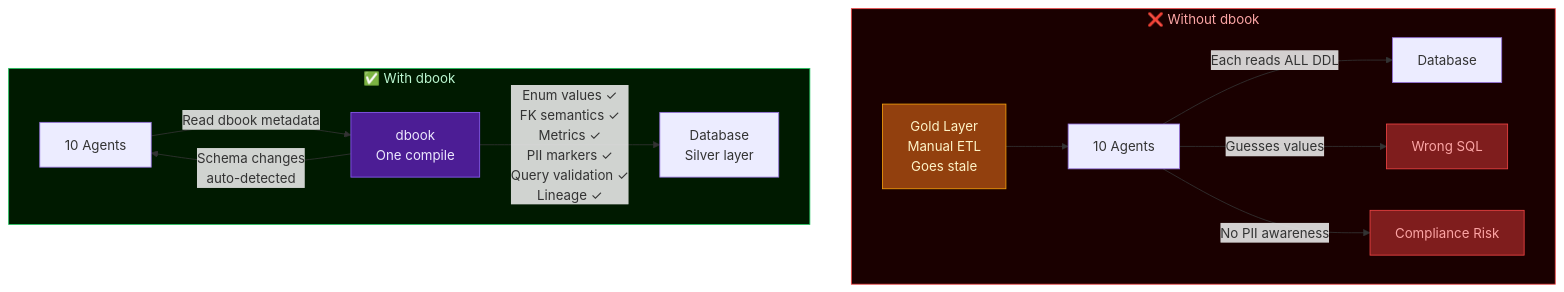
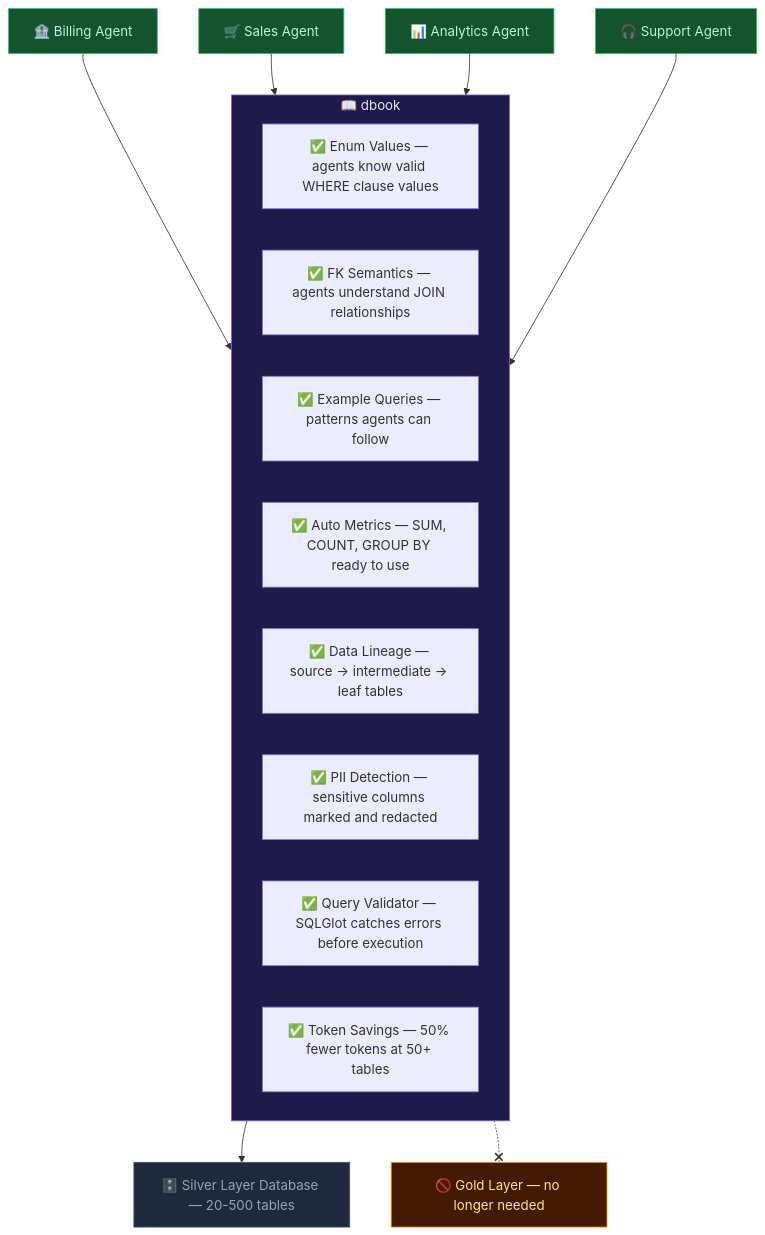
The first of 2 diagrams in README.md (ShurikM/dbook), drawn with Mermaid before and after one commit.

Commit message:
docs: improve README architecture diagram

````diff
--- a/README.md
+++ b/README.md
@@ -27,22 +27,35 @@
 ```mermaid
 graph TB
-    subgraph WITHOUT["❌ Without dbook"]
-        A1["10 Agents"] -->|"Each reads ALL DDL"| D1["Database"]
-        A1 -->|"Guesses values"| W1["Wrong SQL"]
-        A1 -->|"No PII awareness"| W2["Compliance Risk"]
-        G["Gold Layer<br/>Manual ETL<br/>Goes stale"] --> A1
+    BA["🏦 Billing Agent"]
+    SA["🛒 Sales Agent"]
+    AA["📊 Analytics Agent"]
+    CA["🎧 Support Agent"]
+
+    BA --> DBOOK
+    SA --> DBOOK
+    AA --> DBOOK
+    CA --> DBOOK
+
+    subgraph DBOOK["📖 dbook"]
+        N1["✅ Enum Values — agents know valid WHERE clause values"]
+        N2["✅ FK Semantics — agents understand JOIN relationships"]
+        N3["✅ Example Queries — patterns agents can follow"]
+        N4["✅ Auto Metrics — SUM, COUNT, GROUP BY ready to use"]
+        N5["✅ Data Lineage — source → intermediate → leaf tables"]
+        N6["✅ PII Detection — sensitive columns marked and redacted"]
+        N7["✅ Query Validator — SQLGlot catches errors before execution"]
+        N8["✅ Token Savings — 50% fewer tokens at 50+ tables"]
     end
 
-    subgraph WITH["✅ With dbook"]
-        A2["10 Agents"] -->|"Read dbook metadata"| DB["dbook<br/>One compile"]
-        DB -->|"Enum values ✓<br/>FK semantics ✓<br/>Metrics ✓<br/>PII markers ✓<br/>Query validation ✓<br/>Lineage ✓"| D2["Database<br/>Silver layer"]
-        DB -->|"Schema changes<br/>auto-detected"| A2
-    end
+    DBOOK --> DB["🗄️ Silver Layer Database — 20-500 tables"]
 
-    style WITHOUT fill:#1a0000,stroke:#ef4444,color:#fca5a5
-    style WITH fill:#001a00,stroke:#22c55e,color:#bbf7d0
-    style G fill:#92400e,stroke:#f59e0b,color:#fef3c7
-    style DB fill:#4c1d95,stroke:#8b5cf6,color:#ede9fe
-    style W1 fill:#7f1d1d,stroke:#ef4444,color:#fca5a5
-    style W2 fill:#7f1d1d,stroke:#ef4444,color:#fca5a5
+    DBOOK -.-x GOLD["🚫 Gold Layer — no longer needed"]
+
+    style DBOOK fill:#1e1b4b,stroke:#8b5cf6,color:#e2e8f0
+    style DB fill:#1e293b,stroke:#475569,color:#94a3b8
+    style GOLD fill:#451a03,stroke:#f59e0b,color:#fde68a
+    style BA fill:#14532d,stroke:#22c55e,color:#bbf7d0
+    style SA fill:#14532d,stroke:#22c55e,color:#bbf7d0
+    style AA fill:#14532d,stroke:#22c55e,color:#bbf7d0
+    style CA fill:#14532d,stroke:#22c55e,color:#bbf7d0
 ```
````
